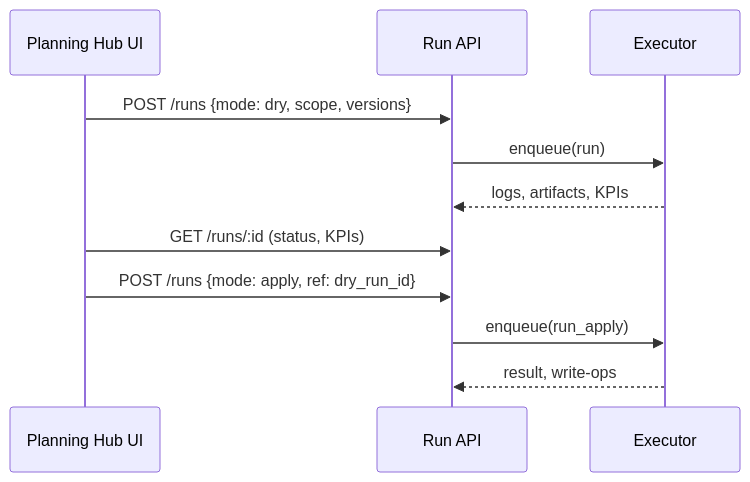
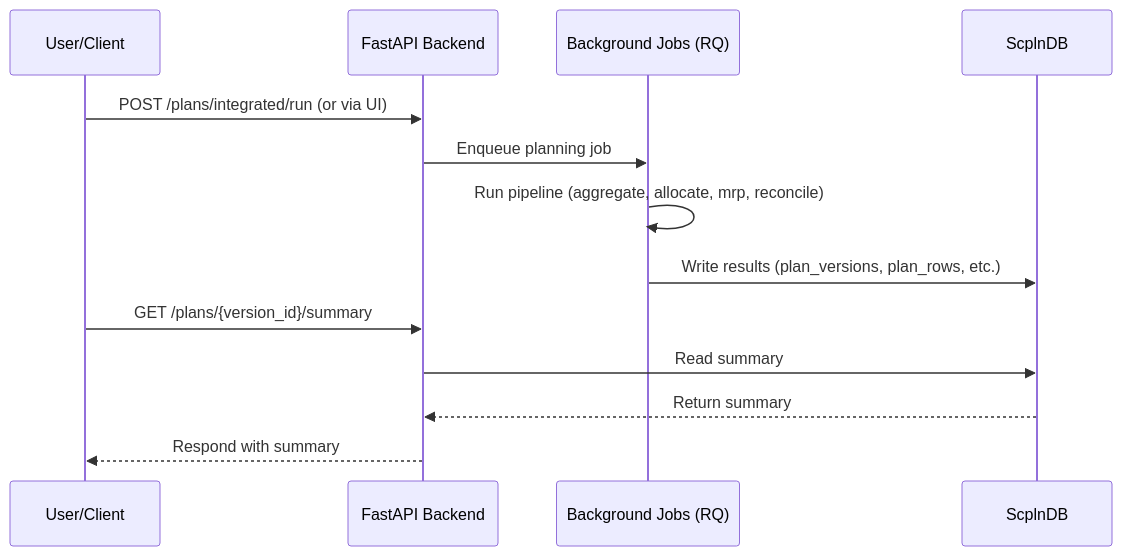
The diagram in docs/AGG_DET_RECONCILIATION_JA.md (miumigy/scpln), drawn with Mermaid before and after one commit. The commit also changed other lines of this file and 4 other files, not shown here.

````diff
--- a/docs/AGG_DET_RECONCILIATION_JA.md
+++ b/docs/AGG_DET_RECONCILIATION_JA.md
@@ -27,13 +27,16 @@
 ```mermaid
 sequenceDiagram
-  participant UI as Planning Hub UI
-  participant API as Run API
-  participant EXE as Executor
-  UI->>API: POST /runs {mode: dry, scope, versions}
-  API->>EXE: enqueue(run)
-  EXE-->>API: logs, artifacts, KPIs
-  UI->>API: GET /runs/:id (status, KPIs)
-  UI->>API: POST /runs {mode: apply, ref: dry_run_id}
-  API->>EXE: enqueue(run_apply)
-  EXE-->>API: result, write-ops
+  participant User as User/Client
+  participant API as FastAPI Backend
+  participant Jobs as Background Jobs (RQ)
+  participant DB as ScplnDB
+
+  User->>API: POST /plans/integrated/run (or via UI)
+  API->>Jobs: Enqueue planning job
+  Jobs->>Jobs: Run pipeline (aggregate, allocate, mrp, reconcile)
+  Jobs->>DB: Write results (plan_versions, plan_rows, etc.)
+  User->>API: GET /plans/{version_id}/summary
+  API->>DB: Read summary
+  DB-->>API: Return summary
+  API-->>User: Respond with summary
 ```
````
